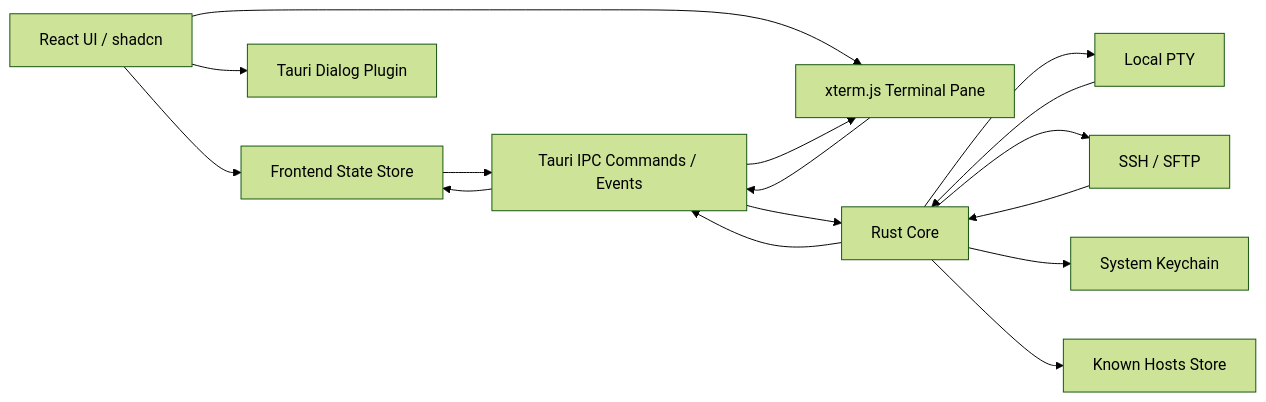
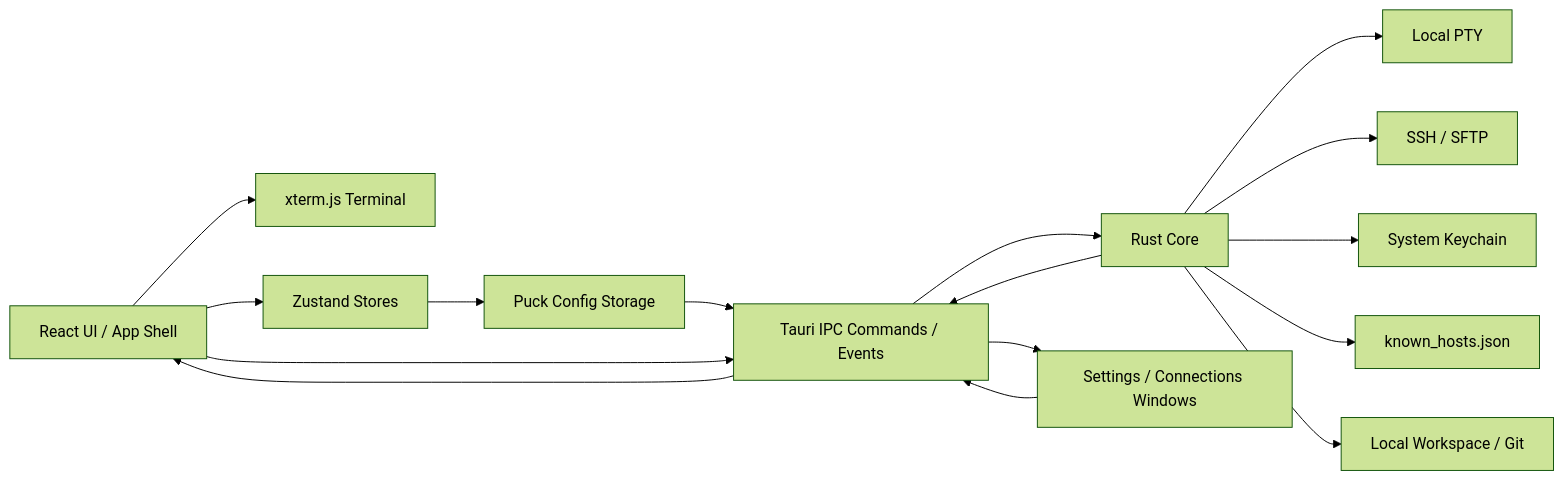
One commit to gsxhnd/Puck changed the diagram in docs/02-architecture-and-stack.md. Above: the diagram before and after it, drawn with Mermaid (forest theme). The commit also changed other lines of this file and 6 other files, not shown here.

First line of the commit message:
feat: update README and documentation for Puck Terminal capabilities and architecture

````diff
--- a/docs/02-architecture-and-stack.md
+++ b/docs/02-architecture-and-stack.md
@@ -20,29 +20,31 @@
 ```mermaid
 flowchart LR
-  UI["React UI / shadcn"]
-  Terminal["xterm.js Terminal Pane"]
-  Store["Frontend State Store"]
+  UI["React UI / App Shell"]
+  Terminal["xterm.js Terminal"]
+  Store["Zustand Stores"]
+  Config["Puck Config Storage"]
   IPC["Tauri IPC Commands / Events"]
   Core["Rust Core"]
   PTY["Local PTY"]
   SSH["SSH / SFTP"]
   Keyring["System Keychain"]
-  KnownHosts["Known Hosts Store"]
-  Dialog["Tauri Dialog Plugin"]
+  KnownHosts["known_hosts.json"]
+  Workspace["Local Workspace / Git"]
+  Windows["Settings / Connections Windows"]
 
+  UI --> Terminal
   UI --> Store
-  UI --> Terminal
-  Terminal --> IPC
-  Store --> IPC
+  Store --> Config
+  Config --> IPC
+  UI --> IPC
+  Windows --> IPC
   IPC --> Core
   Core --> PTY
   Core --> SSH
   Core --> Keyring
   Core --> KnownHosts
-  UI --> Dialog
-  PTY --> Core
-  SSH --> Core
+  Core --> Workspace
   Core --> IPC
-  IPC --> Terminal
-  IPC --> Store
+  IPC --> UI
+  IPC --> Windows
 ```
````
